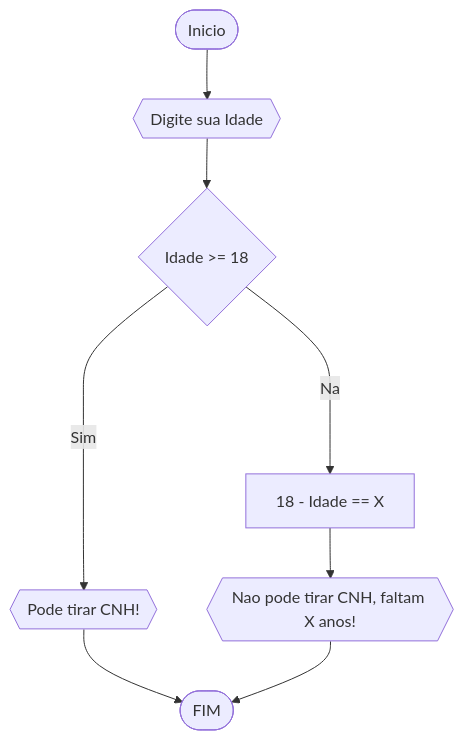
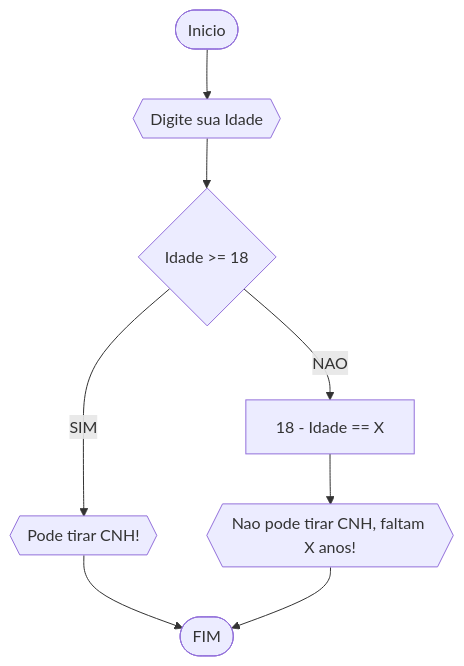
The second of 4 diagrams in RLB/lista1_exercicios.md (paaiva/UNIFOR2), drawn with Mermaid before and after one commit. The commit also changed other lines of this file, not shown here.

````diff
--- a/RLB/lista1_exercicios.md
+++ b/RLB/lista1_exercicios.md
@@ -50,10 +50,10 @@
 ```mermaid
 flowchart TD
 A([Inicio])-->B{{Digite sua Idade}}
 B-->C{Idade >= 18}
-C--Sim-->D{{Pode tirar CNH!}}
+C--SIM-->D{{Pode tirar CNH!}}
 D-->E([FIM])
-C--Nao-->F[18 - Idade == X]
+C--NAO-->F[18 - Idade == X]
 F-->G{{Nao pode tirar CNH, faltam X anos!}}
 G-->E
 ```
````
